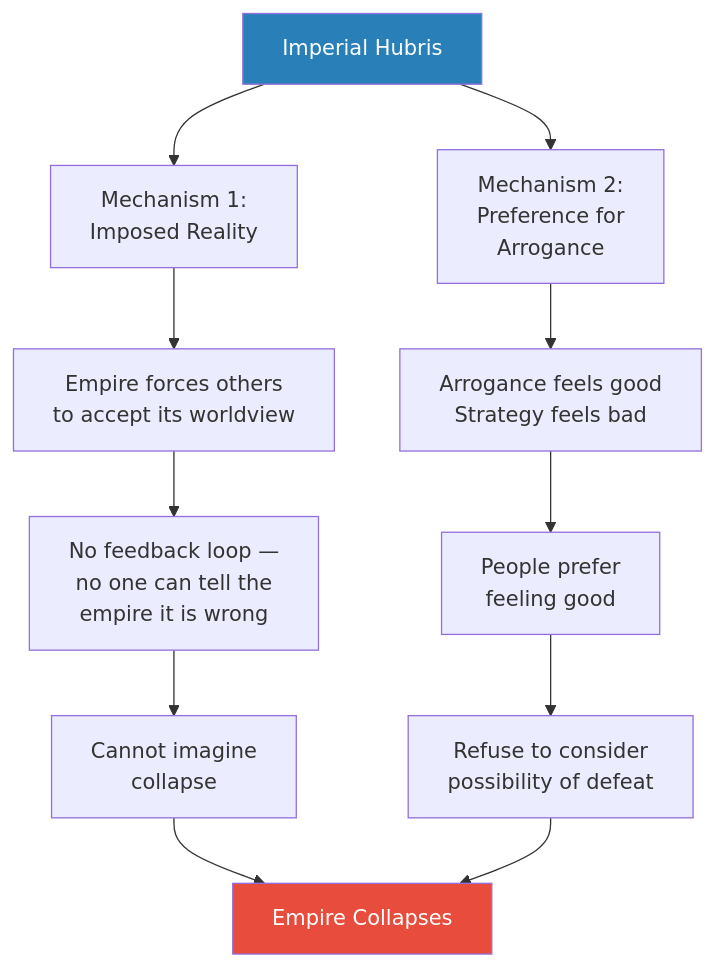
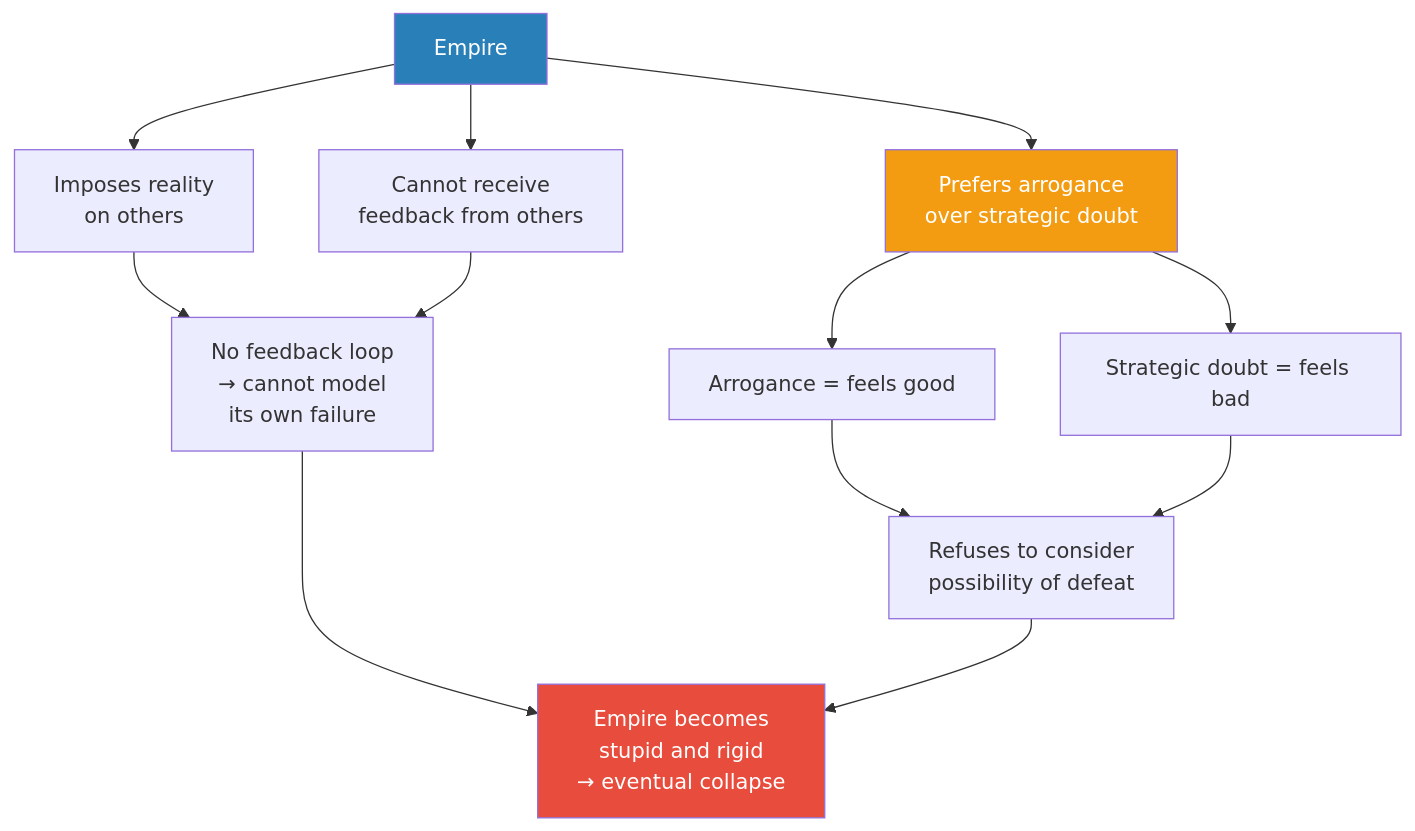
Before and after one commit to alius33/reader: the eighth of 8 diagrams in summaries/Lectures/Geo-Strategy/03 - How Empire is Destroying America.md, drawn with Mermaid. The commit also changed other lines of this file and 26 other files, not shown here.

````diff
--- a/summaries/Lectures/Geo-Strategy/03 - How Empire is Destroying America.md
+++ b/summaries/Lectures/Geo-Strategy/03 - How Empire is Destroying America.md
@@ -677,16 +449,18 @@
 ```mermaid
 flowchart TB
-    H["Imperial Hubris"]
-    H --> M1["Mechanism 1:<br/>Imposed Reality"]
-    H --> M2["Mechanism 2:<br/>Preference for<br/>Arrogance"]
-    M1 --> E1["Empire forces others<br/>to accept its worldview"]
-    E1 --> E2["No feedback loop —<br/>no one can tell the<br/>empire it is wrong"]
-    E2 --> E3["Cannot imagine<br/>collapse"]
-    M2 --> F1["Arrogance feels good<br/>Strategy feels bad"]
-    F1 --> F2["People prefer<br/>feeling good"]
-    F2 --> F3["Refuse to consider<br/>possibility of defeat"]
-    E3 --> C["Empire Collapses"]
-    F3 --> C
-    style H fill:#2980b9,color:#fff
-    style C fill:#e74c3c,color:#fff
+    E["Empire"]
+    E --> R1["Imposes reality<br/>on others"]
+    E --> R2["Cannot receive<br/>feedback from others"]
+    R1 --> N["No feedback loop<br/>→ cannot model<br/>its own failure"]
+    R2 --> N
+    E --> H["Prefers arrogance<br/>over strategic doubt"]
+    H --> H1["Arrogance = feels good"]
+    H --> H2["Strategic doubt = feels bad"]
+    H1 --> D["Refuses to consider<br/>possibility of defeat"]
+    H2 --> D
+    N --> FALL["Empire becomes<br/>stupid and rigid<br/>→ eventual collapse"]
+    D --> FALL
+    style E fill:#2980b9,color:#fff
+    style FALL fill:#e74c3c,color:#fff
+    style H fill:#f39c12,color:#fff
 ```
````
